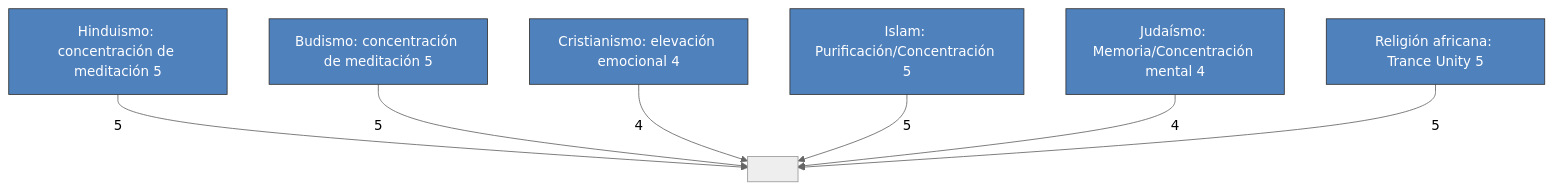
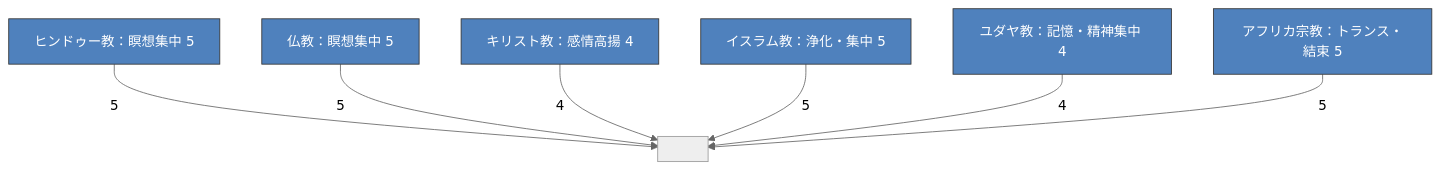
Before and after one commit to monumental-movement/monumental-movement.github.io: the second of 3 diagrams in es/_posts/2025-11-11-column-religious-music-worldmap.md, drawn with Mermaid (neutral theme). The commit also changed other lines of this file and 299 other files, not shown here.

```diff
--- a/es/_posts/2025-11-11-column-religious-music-worldmap.md
+++ b/es/_posts/2025-11-11-column-religious-music-worldmap.md
@@ -162,14 +162,14 @@
 <div class="mermaid">
 
 graph TD
-    A[Hinduismo: concentración de meditación 5] -->|5| X[ ]
-    B[Budismo: concentración de meditación 5] -->|5| X
-    C[Cristianismo: elevación emocional 4] -->|4| X
-    D[Islam: Purificación/Concentración 5] -->|5| X
-    E[Judaísmo: Memoria/Concentración mental 4] -->|4| X
-    F[Religión africana: Trance Unity 5] -->|5| X
+    A[ヒンドゥー教：瞑想集中 5] -->|5| X[ ]
+    B[仏教：瞑想集中 5] -->|5| X
+    C[キリスト教：感情高揚 4] -->|4| X
+    D[イスラム教：浄化・集中 5] -->|5| X
+    E[ユダヤ教：記憶・精神集中 4] -->|4| X
+    F[アフリカ宗教：トランス・結束 5] -->|5| X
 
     classDef bar fill:#4f81bd,stroke:#333,stroke-width:1px,color:#fff;
     class A,B,C,D,E,F bar;
 
 </div>
```
